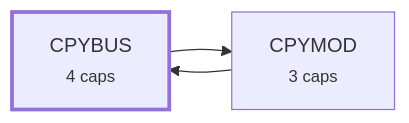
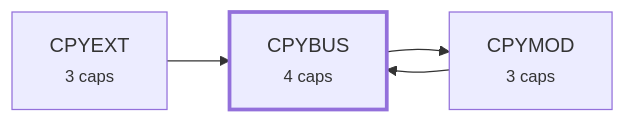
The third of 4 diagrams in requirements/_map.md (alxmax/Consilium-py), drawn with Mermaid before and after one commit. The commit also changed other lines of this file and 22 other files, not shown here.

````diff
--- a/requirements/_map.md
+++ b/requirements/_map.md
@@ -77,8 +111,10 @@
 ```mermaid
 graph LR
   a_CPYBUS["CPYBUS<br><small>4 caps</small>"]
+  a_CPYEXT["CPYEXT<br><small>3 caps</small>"]
   a_CPYMOD["CPYMOD<br><small>3 caps</small>"]
   a_CPYBUS --> a_CPYMOD
+  a_CPYEXT --> a_CPYBUS
   a_CPYMOD --> a_CPYBUS
   style a_CPYBUS stroke-width:3px
 ```
````
